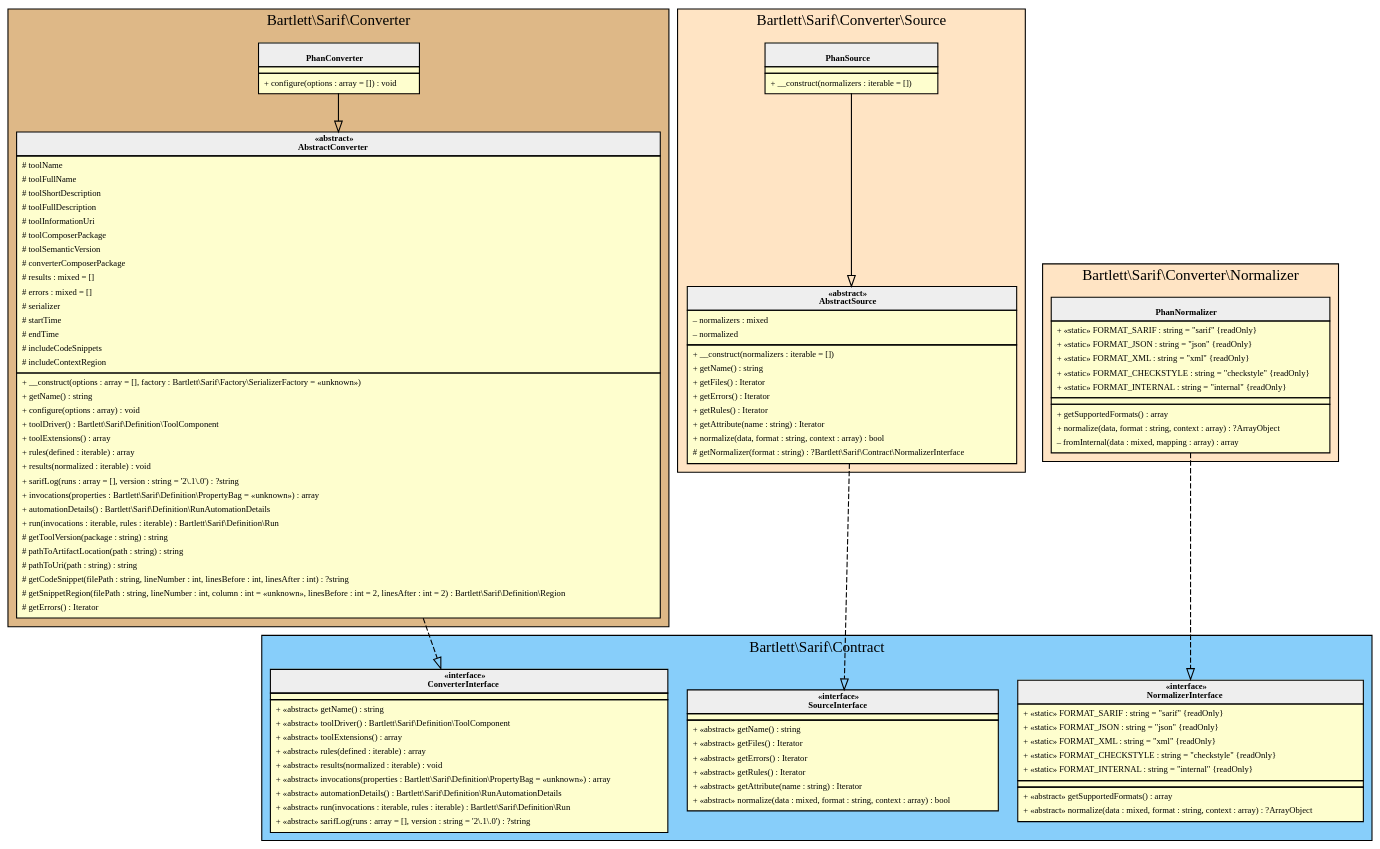
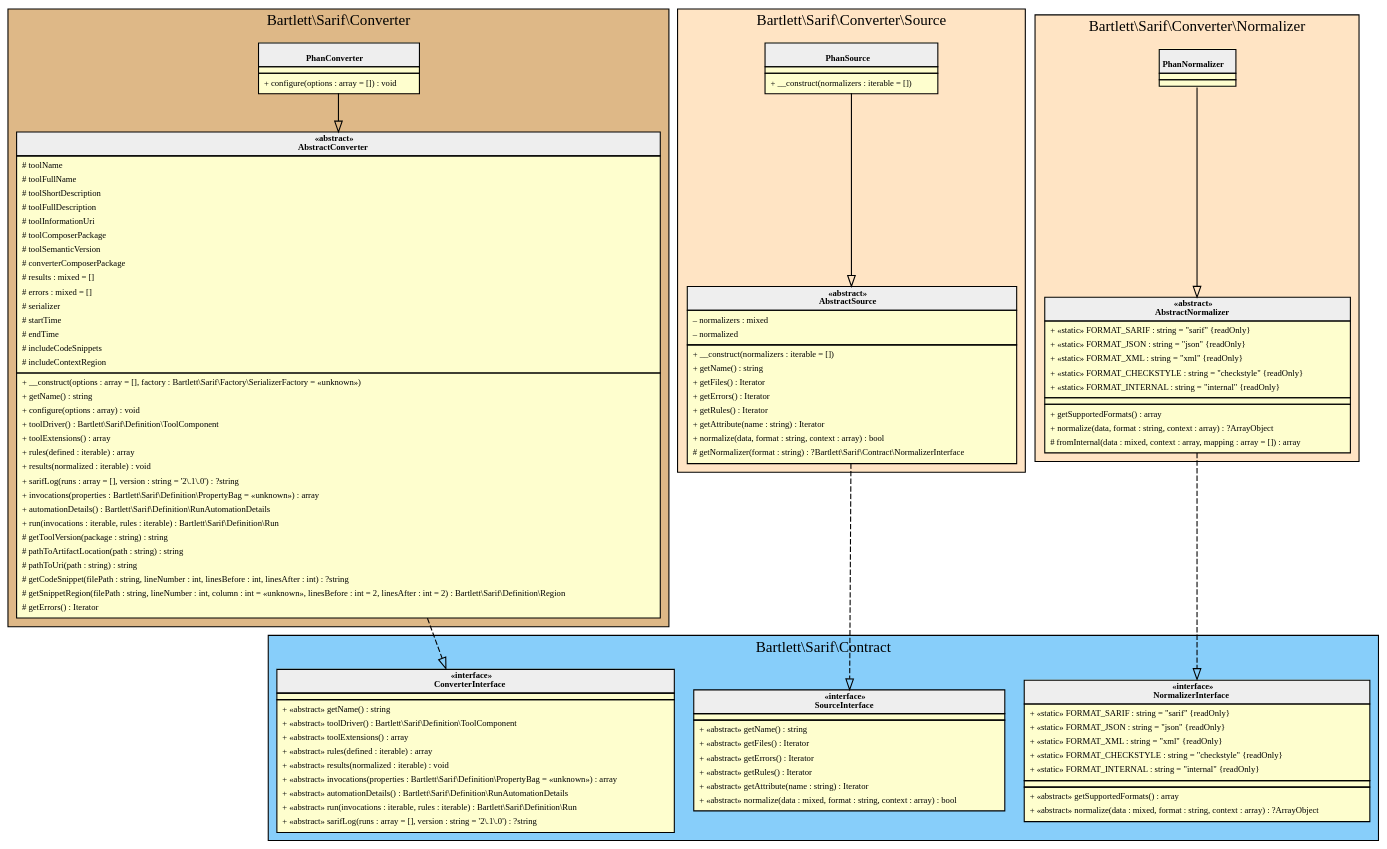
The diagram in 1.0/assets/images/converter-phan.html.gv (llaville/sarif-php-converters), drawn with Graphviz before and after one commit. The commit also changed 26 other files, not shown here.

```diff
--- a/1.0/assets/images/converter-phan.html.gv
+++ b/1.0/assets/images/converter-phan.html.gv
@@ -1,162 +1,169 @@
 digraph {
   graph [name="G" overlap="false" rankdir="TB" bgcolor="transparent"]
   node [fontname="Verdana" fontsize=8 shape="none" margin=0 fillcolor="#FEFECE" style="filled"]
   edge [fontname="Verdana" fontsize=8]
   subgraph cluster_0 {
     graph [bgcolor="BurlyWood"]
     label = "Bartlett\\Sarif\\Converter"
     "Bartlett\\Sarif\\Converter\\PhanConverter" [shape="none" label=<
 <table cellspacing="0" border="0" cellborder="1">
     <tr><td bgcolor="#eeeeee"><b><br/>PhanConverter</b></td></tr>
     <tr><td></td></tr>
     <tr><td><table border="0" cellspacing="0" cellpadding="2">
     <tr><td align="left">+ configure(options : array = []) : void</td></tr>
 </table></td></tr>
 </table>>]
     "Bartlett\\Sarif\\Converter\\AbstractConverter" [shape="none" label=<
 <table cellspacing="0" border="0" cellborder="1">
     <tr><td bgcolor="#eeeeee"><b>«abstract»<br/>AbstractConverter</b></td></tr>
     <tr><td><table border="0" cellspacing="0" cellpadding="2">
     <tr><td align="left"># toolName</td></tr>
     <tr><td align="left"># toolFullName</td></tr>
     <tr><td align="left"># toolShortDescription</td></tr>
     <tr><td align="left"># toolFullDescription</td></tr>
     <tr><td align="left"># toolInformationUri</td></tr>
     <tr><td align="left"># toolComposerPackage</td></tr>
     <tr><td align="left"># toolSemanticVersion</td></tr>
     <tr><td align="left"># converterComposerPackage</td></tr>
     <tr><td align="left"># results : mixed = []</td></tr>
     <tr><td align="left"># errors : mixed = []</td></tr>
     <tr><td align="left"># serializer</td></tr>
     <tr><td align="left"># startTime</td></tr>
     <tr><td align="left"># endTime</td></tr>
     <tr><td align="left"># includeCodeSnippets</td></tr>
     <tr><td align="left"># includeContextRegion</td></tr>
 </table></td></tr>
     <tr><td><table border="0" cellspacing="0" cellpadding="2">
     <tr><td align="left">+ __construct(options : array = [], factory : Bartlett\\Sarif\\Factory\\SerializerFactory = «unknown»)</td></tr>
     <tr><td align="left">+ getName() : string</td></tr>
     <tr><td align="left">+ configure(options : array) : void</td></tr>
     <tr><td align="left">+ toolDriver() : Bartlett\\Sarif\\Definition\\ToolComponent</td></tr>
     <tr><td align="left">+ toolExtensions() : array</td></tr>
     <tr><td align="left">+ rules(defined : iterable) : array</td></tr>
     <tr><td align="left">+ results(normalized : iterable) : void</td></tr>
     <tr><td align="left">+ sarifLog(runs : array = [], version : string = '2\.1\.0') : ?string</td></tr>
     <tr><td align="left">+ invocations(properties : Bartlett\\Sarif\\Definition\\PropertyBag = «unknown») : array</td></tr>
     <tr><td align="left">+ automationDetails() : Bartlett\\Sarif\\Definition\\RunAutomationDetails</td></tr>
     <tr><td align="left">+ run(invocations : iterable, rules : iterable) : Bartlett\\Sarif\\Definition\\Run</td></tr>
     <tr><td align="left"># getToolVersion(package : string) : string</td></tr>
     <tr><td align="left"># pathToArtifactLocation(path : string) : string</td></tr>
     <tr><td align="left"># pathToUri(path : string) : string</td></tr>
     <tr><td align="left"># getCodeSnippet(filePath : string, lineNumber : int, linesBefore : int, linesAfter : int) : ?string</td></tr>
     <tr><td align="left"># getSnippetRegion(filePath : string, lineNumber : int, column : int = «unknown», linesBefore : int = 2, linesAfter : int = 2) : Bartlett\\Sarif\\Definition\\Region</td></tr>
     <tr><td align="left"># getErrors() : Iterator</td></tr>
 </table></td></tr>
 </table>>]
   }
   subgraph cluster_1 {
     graph [bgcolor="LightSkyBlue"]
     label = "Bartlett\\Sarif\\Contract"
     "Bartlett\\Sarif\\Contract\\ConverterInterface" [shape="none" label=<
 <table cellspacing="0" border="0" cellborder="1">
     <tr><td bgcolor="#eeeeee"><b>«interface»<br/>ConverterInterface</b></td></tr>
     <tr><td></td></tr>
     <tr><td><table border="0" cellspacing="0" cellpadding="2">
     <tr><td align="left">+ «abstract» getName() : string</td></tr>
     <tr><td align="left">+ «abstract» toolDriver() : Bartlett\\Sarif\\Definition\\ToolComponent</td></tr>
     <tr><td align="left">+ «abstract» toolExtensions() : array</td></tr>
     <tr><td align="left">+ «abstract» rules(defined : iterable) : array</td></tr>
     <tr><td align="left">+ «abstract» results(normalized : iterable) : void</td></tr>
     <tr><td align="left">+ «abstract» invocations(properties : Bartlett\\Sarif\\Definition\\PropertyBag = «unknown») : array</td></tr>
     <tr><td align="left">+ «abstract» automationDetails() : Bartlett\\Sarif\\Definition\\RunAutomationDetails</td></tr>
     <tr><td align="left">+ «abstract» run(invocations : iterable, rules : iterable) : Bartlett\\Sarif\\Definition\\Run</td></tr>
     <tr><td align="left">+ «abstract» sarifLog(runs : array = [], version : string = '2\.1\.0') : ?string</td></tr>
 </table></td></tr>
 </table>>]
     "Bartlett\\Sarif\\Contract\\SourceInterface" [shape="none" label=<
 <table cellspacing="0" border="0" cellborder="1">
     <tr><td bgcolor="#eeeeee"><b>«interface»<br/>SourceInterface</b></td></tr>
     <tr><td></td></tr>
     <tr><td><table border="0" cellspacing="0" cellpadding="2">
     <tr><td align="left">+ «abstract» getName() : string</td></tr>
     <tr><td align="left">+ «abstract» getFiles() : Iterator</td></tr>
     <tr><td align="left">+ «abstract» getErrors() : Iterator</td></tr>
     <tr><td align="left">+ «abstract» getRules() : Iterator</td></tr>
     <tr><td align="left">+ «abstract» getAttribute(name : string) : Iterator</td></tr>
     <tr><td align="left">+ «abstract» normalize(data : mixed, format : string, context : array) : bool</td></tr>
 </table></td></tr>
 </table>>]
     "Bartlett\\Sarif\\Contract\\NormalizerInterface" [shape="none" label=<
 <table cellspacing="0" border="0" cellborder="1">
     <tr><td bgcolor="#eeeeee"><b>«interface»<br/>NormalizerInterface</b></td></tr>
     <tr><td><table border="0" cellspacing="0" cellpadding="2">
     <tr><td align="left">+ «static» FORMAT_SARIF : string = "sarif" {readOnly}</td></tr>
     <tr><td align="left">+ «static» FORMAT_JSON : string = "json" {readOnly}</td></tr>
     <tr><td align="left">+ «static» FORMAT_XML : string = "xml" {readOnly}</td></tr>
     <tr><td align="left">+ «static» FORMAT_CHECKSTYLE : string = "checkstyle" {readOnly}</td></tr>
     <tr><td align="left">+ «static» FORMAT_INTERNAL : string = "internal" {readOnly}</td></tr>
 </table></td></tr>
     <tr><td></td></tr>
     <tr><td><table border="0" cellspacing="0" cellpadding="2">
     <tr><td align="left">+ «abstract» getSupportedFormats() : array</td></tr>
     <tr><td align="left">+ «abstract» normalize(data : mixed, format : string, context : array) : ?ArrayObject</td></tr>
 </table></td></tr>
 </table>>]
   }
   subgraph cluster_2 {
     graph [bgcolor="Bisque"]
     label = "Bartlett\\Sarif\\Converter\\Source"
     "Bartlett\\Sarif\\Converter\\Source\\PhanSource" [shape="none" label=<
 <table cellspacing="0" border="0" cellborder="1">
     <tr><td bgcolor="#eeeeee"><b><br/>PhanSource</b></td></tr>
     <tr><td></td></tr>
     <tr><td><table border="0" cellspacing="0" cellpadding="2">
     <tr><td align="left">+ __construct(normalizers : iterable = [])</td></tr>
 </table></td></tr>
 </table>>]
     "Bartlett\\Sarif\\Converter\\Source\\AbstractSource" [shape="none" label=<
 <table cellspacing="0" border="0" cellborder="1">
     <tr><td bgcolor="#eeeeee"><b>«abstract»<br/>AbstractSource</b></td></tr>
     <tr><td><table border="0" cellspacing="0" cellpadding="2">
     <tr><td align="left">– normalizers : mixed</td></tr>
     <tr><td align="left">– normalized</td></tr>
 </table></td></tr>
     <tr><td><table border="0" cellspacing="0" cellpadding="2">
     <tr><td align="left">+ __construct(normalizers : iterable = [])</td></tr>
     <tr><td align="left">+ getName() : string</td></tr>
     <tr><td align="left">+ getFiles() : Iterator</td></tr>
     <tr><td align="left">+ getErrors() : Iterator</td></tr>
     <tr><td align="left">+ getRules() : Iterator</td></tr>
     <tr><td align="left">+ getAttribute(name : string) : Iterator</td></tr>
     <tr><td align="left">+ normalize(data, format : string, context : array) : bool</td></tr>
     <tr><td align="left"># getNormalizer(format : string) : ?Bartlett\\Sarif\\Contract\\NormalizerInterface</td></tr>
 </table></td></tr>
 </table>>]
   }
   subgraph cluster_3 {
     graph [bgcolor="Bisque"]
     label = "Bartlett\\Sarif\\Converter\\Normalizer"
     "Bartlett\\Sarif\\Converter\\Normalizer\\PhanNormalizer" [shape="none" label=<
 <table cellspacing="0" border="0" cellborder="1">
     <tr><td bgcolor="#eeeeee"><b><br/>PhanNormalizer</b></td></tr>
+    <tr><td></td></tr>
+    <tr><td></td></tr>
+</table>>]
+    "Bartlett\\Sarif\\Converter\\Normalizer\\AbstractNormalizer" [shape="none" label=<
+<table cellspacing="0" border="0" cellborder="1">
+    <tr><td bgcolor="#eeeeee"><b>«abstract»<br/>AbstractNormalizer</b></td></tr>
     <tr><td><table border="0" cellspacing="0" cellpadding="2">
     <tr><td align="left">+ «static» FORMAT_SARIF : string = "sarif" {readOnly}</td></tr>
     <tr><td align="left">+ «static» FORMAT_JSON : string = "json" {readOnly}</td></tr>
     <tr><td align="left">+ «static» FORMAT_XML : string = "xml" {readOnly}</td></tr>
     <tr><td align="left">+ «static» FORMAT_CHECKSTYLE : string = "checkstyle" {readOnly}</td></tr>
     <tr><td align="left">+ «static» FORMAT_INTERNAL : string = "internal" {readOnly}</td></tr>
 </table></td></tr>
     <tr><td></td></tr>
     <tr><td><table border="0" cellspacing="0" cellpadding="2">
     <tr><td align="left">+ getSupportedFormats() : array</td></tr>
     <tr><td align="left">+ normalize(data, format : string, context : array) : ?ArrayObject</td></tr>
-    <tr><td align="left">– fromInternal(data : mixed, mapping : array) : array</td></tr>
+    <tr><td align="left"># fromInternal(data : mixed, context : array, mapping : array = []) : array</td></tr>
 </table></td></tr>
 </table>>]
   }
   "Bartlett\\Sarif\\Converter\\AbstractConverter" -> "Bartlett\\Sarif\\Contract\\ConverterInterface" [arrowhead="empty" style="dashed"]
   "Bartlett\\Sarif\\Converter\\PhanConverter" -> "Bartlett\\Sarif\\Converter\\AbstractConverter" [arrowhead="empty" style="filled"]
   "Bartlett\\Sarif\\Converter\\Source\\AbstractSource" -> "Bartlett\\Sarif\\Contract\\SourceInterface" [arrowhead="empty" style="dashed"]
   "Bartlett\\Sarif\\Converter\\Source\\PhanSource" -> "Bartlett\\Sarif\\Converter\\Source\\AbstractSource" [arrowhead="empty" style="filled"]
-  "Bartlett\\Sarif\\Converter\\Normalizer\\PhanNormalizer" -> "Bartlett\\Sarif\\Contract\\NormalizerInterface" [arrowhead="empty" style="dashed"]
+  "Bartlett\\Sarif\\Converter\\Normalizer\\AbstractNormalizer" -> "Bartlett\\Sarif\\Contract\\NormalizerInterface" [arrowhead="empty" style="dashed"]
+  "Bartlett\\Sarif\\Converter\\Normalizer\\PhanNormalizer" -> "Bartlett\\Sarif\\Converter\\Normalizer\\AbstractNormalizer" [arrowhead="empty" style="filled"]
 }
```
